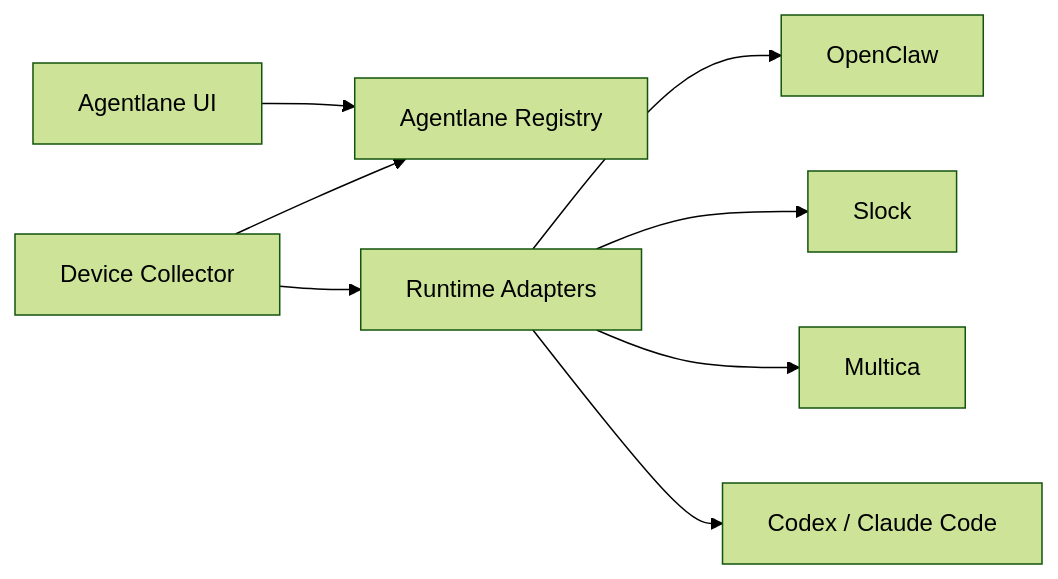
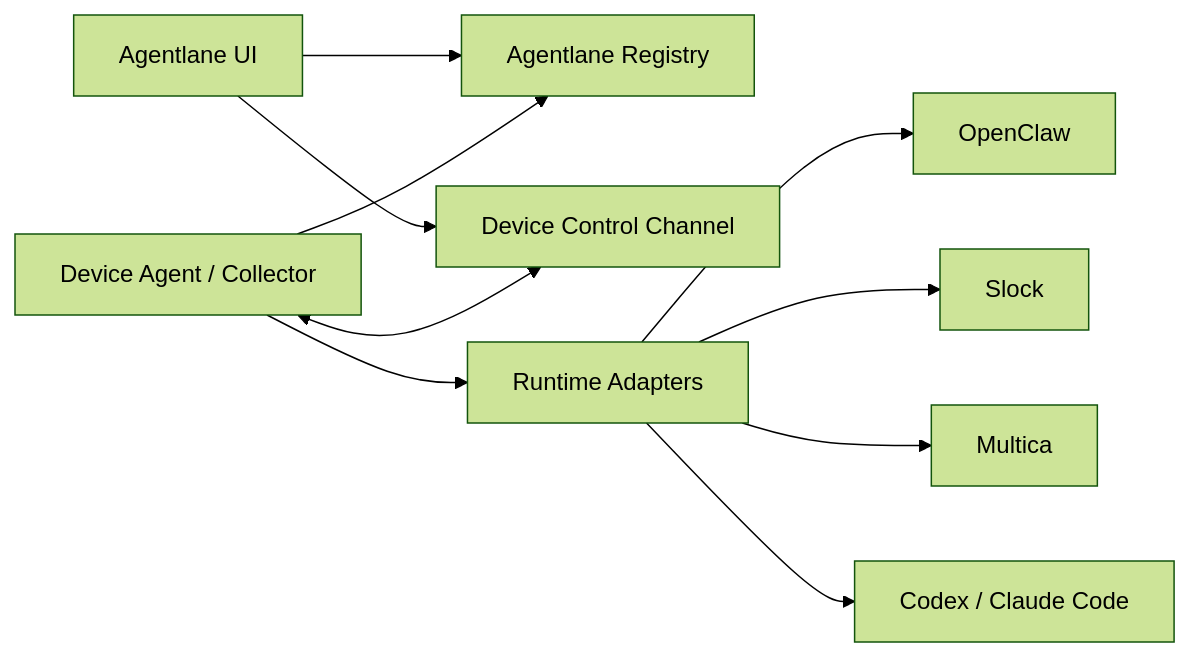
Before and after one commit to gezilinll/agentlane: the diagram in docs/product/runtime-device-registration-spec.md, drawn with Mermaid (forest theme). The commit also changed other lines of this file and 2 other files, not shown here.

Commit message:
docs: specify runtime fleet control channel

````diff
--- a/docs/product/runtime-device-registration-spec.md
+++ b/docs/product/runtime-device-registration-spec.md
@@ -25,19 +29,22 @@
 ```mermaid
 flowchart LR
   UI["Agentlane UI"]
   Registry["Agentlane Registry"]
-  Collector["Device Collector"]
+  Control["Device Control Channel"]
+  Collector["Device Agent / Collector"]
   Adapters["Runtime Adapters"]
   OpenClaw["OpenClaw"]
   Slock["Slock"]
   Multica["Multica"]
   CLIRuntime["Codex / Claude Code"]
 
   UI --> Registry
+  UI --> Control
   Collector --> Registry
+  Collector <--> Control
   Collector --> Adapters
   Adapters --> OpenClaw
   Adapters --> Slock
   Adapters --> Multica
   Adapters --> CLIRuntime
 ```
````
